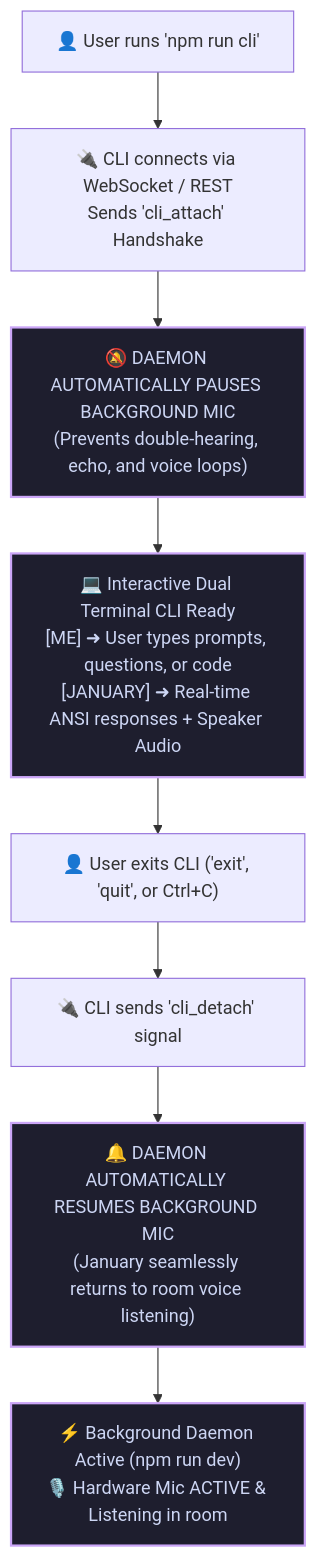
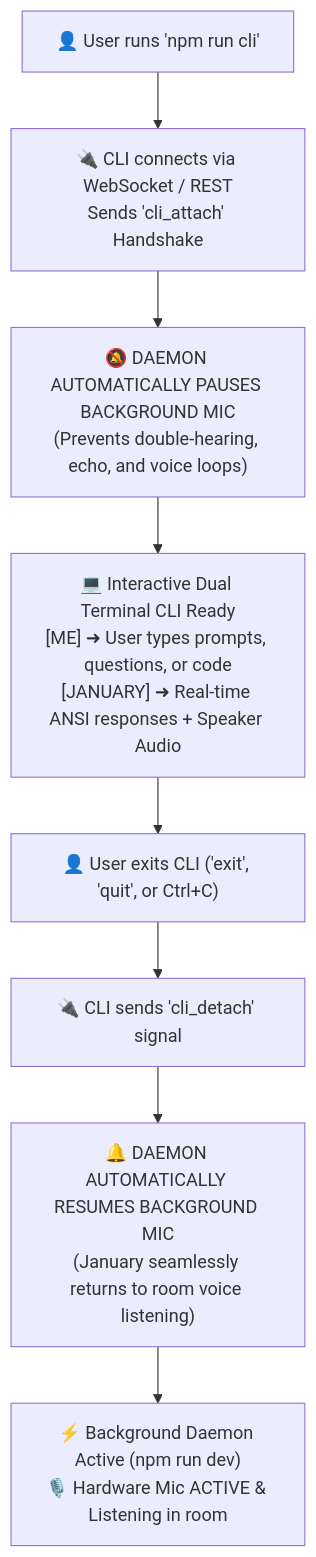
One commit to ashwintelangstark/january.systems changed diagram 11 of 11 in README.md. Above: the diagram before and after it, drawn with Mermaid. The commit also changed other lines of this file, not shown here.

````diff
--- a/README.md
+++ b/README.md
@@ -350,16 +548,13 @@
 ```mermaid
 flowchart TD
     DAEMON["⚡ Background Daemon Active (npm run dev)<br/>🎙️ Hardware Mic ACTIVE & Listening in room"] 
     USER_START["👤 User runs 'npm run cli'"] --> ATTACH["🔌 CLI connects via WebSocket / REST<br/>Sends 'cli_attach' Handshake"]
     
     ATTACH --> PAUSE["🔕 DAEMON AUTOMATICALLY PAUSES BACKGROUND MIC<br/>(Prevents double-hearing, echo, and voice loops)"]
     PAUSE --> CLI_SESSION["💻 Interactive Dual Terminal CLI Ready<br/>[ME] ➜ User types prompts, questions, or code<br/>[JANUARY] ➜ Real-time ANSI responses + Speaker Audio"]
     
     CLI_SESSION --> USER_EXIT["👤 User exits CLI ('exit', 'quit', or Ctrl+C)"]
     USER_EXIT --> DETACH["🔌 CLI sends 'cli_detach' signal"]
     DETACH --> RESUME["🔔 DAEMON AUTOMATICALLY RESUMES BACKGROUND MIC<br/>(January seamlessly returns to room voice listening)"]
     RESUME --> DAEMON
-
-    classDef cliBox fill:#1e1e2e,stroke:#cba6f7,stroke-width:2px,color:#cdd6f4;
-    class DAEMON,PAUSE,CLI_SESSION,RESUME cliBox;
 ```
````
